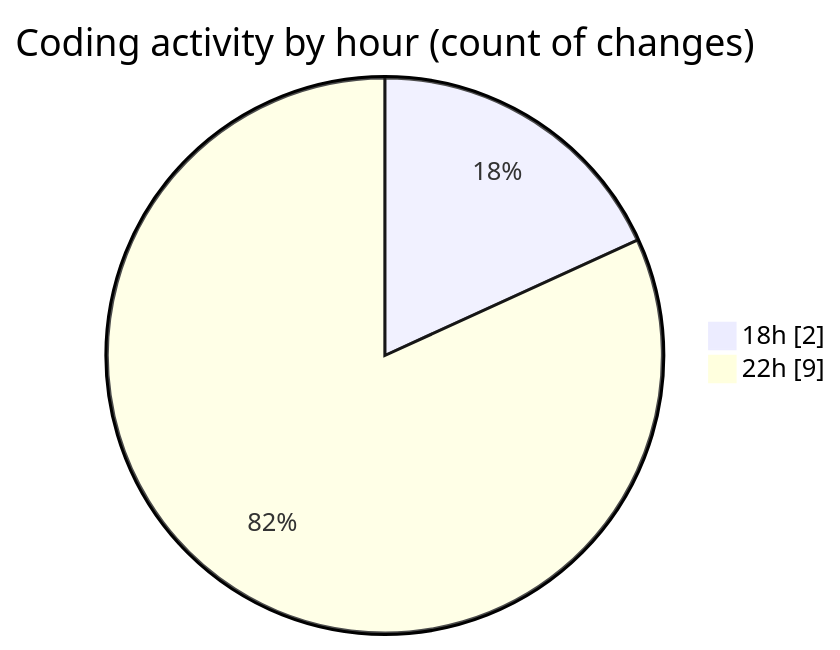
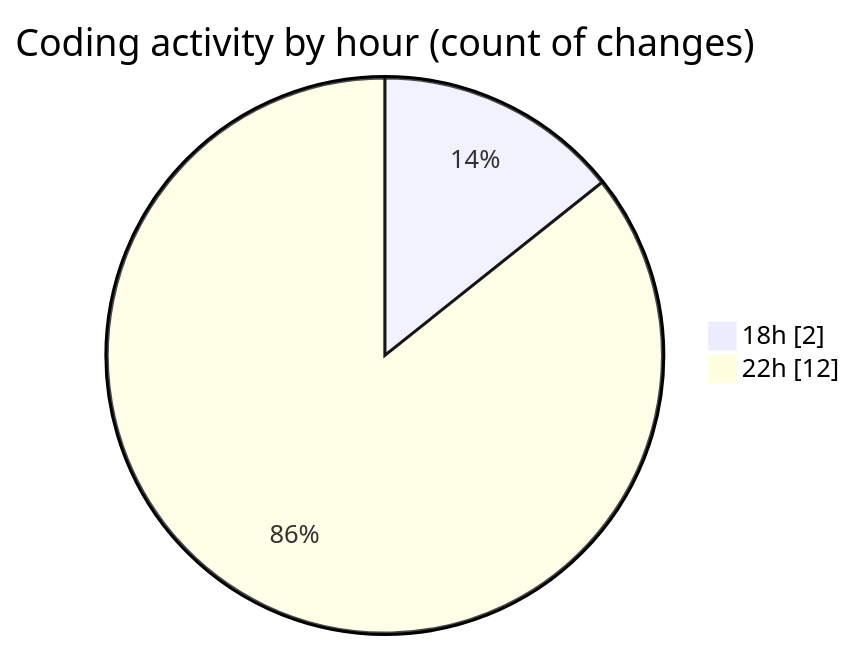
One commit to julien-gomy/code-tracking changed the second of 2 diagrams in 2025-11-17/cdp_aleoudev_fr__workspace_/README.md. Above: the diagram before and after it, drawn with Mermaid. The commit also changed other lines of this file and 1 other file, not shown here.

````diff
--- a/2025-11-17/cdp_aleoudev_fr__workspace_/README.md
+++ b/2025-11-17/cdp_aleoudev_fr__workspace_/README.md
@@ -31,6 +31,6 @@
 ```mermaid
 pie showData
 title Coding activity by hour (count of changes)
 "18h" : 2
-"22h" : 9
+"22h" : 12
 ```
````
